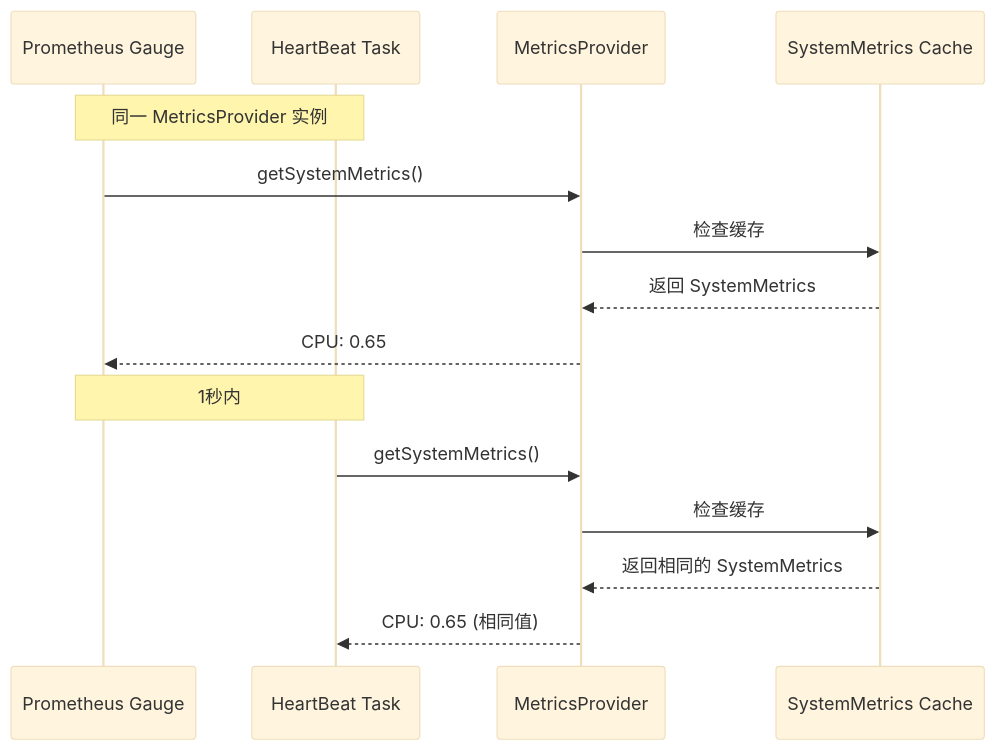
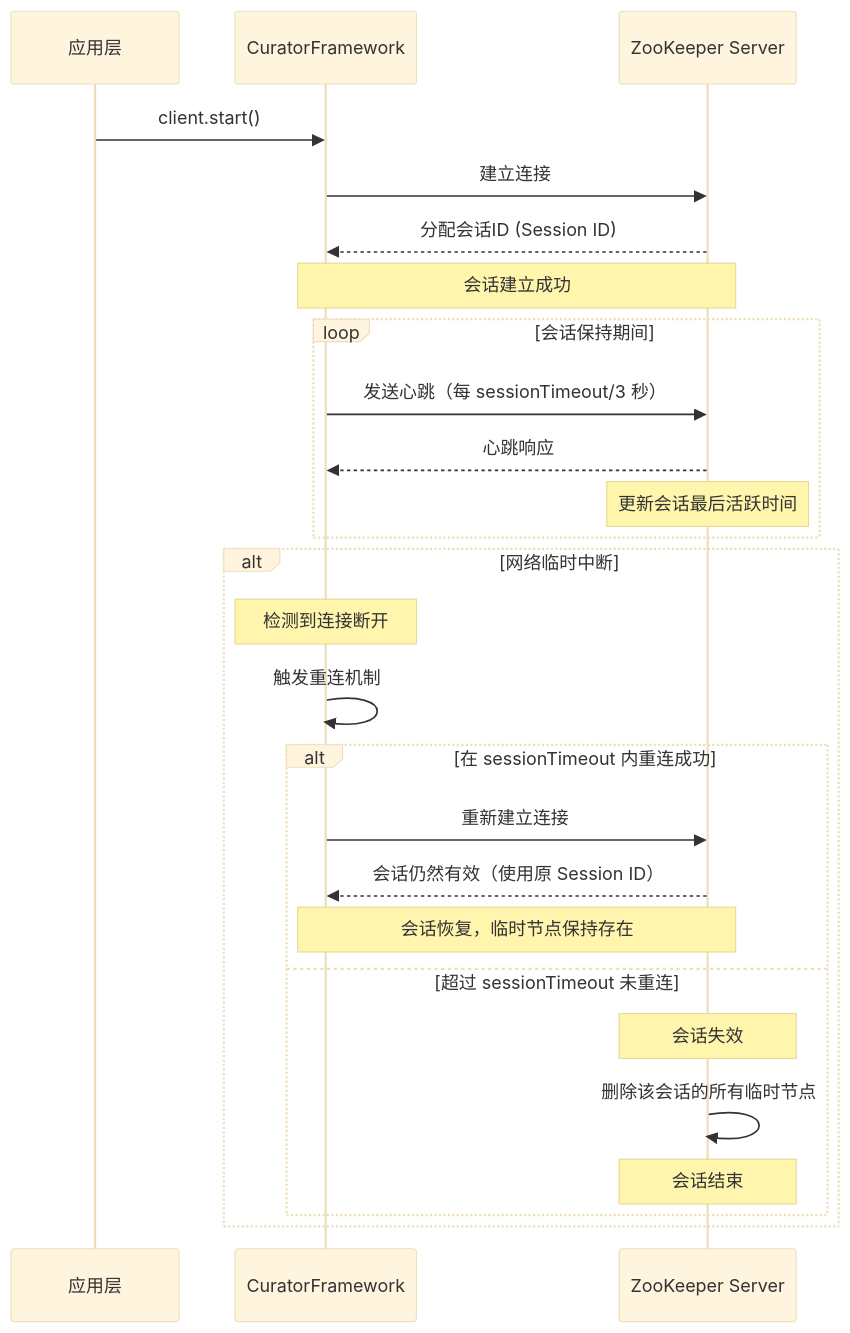
One commit to vanchan5/dolphinscheduler changed the third of 3 diagrams in dolphinscheduler-master/analyze/master启动/12-master服务指标/12-指标分析.md. Above: the diagram before and after it, drawn with Mermaid (base theme). The commit also changed other lines of this file and 2 other files, not shown here.

````diff
--- a/dolphinscheduler-master/analyze/master启动/12-master服务指标/12-指标分析.md
+++ b/dolphinscheduler-master/analyze/master启动/12-master服务指标/12-指标分析.md
@@ -551,21 +106,31 @@
 ```mermaid
 sequenceDiagram
-    participant Gauge as Prometheus Gauge
-    participant HB as HeartBeat Task
-    participant MP as MetricsProvider
-    participant Cache as SystemMetrics Cache
+    participant App as 应用层
+    participant CF as CuratorFramework
+    participant ZKS as ZooKeeper Server
     
-    Note over Gauge,HB: 同一 MetricsProvider 实例
+    App->>CF: client.start()
+    CF->>ZKS: 建立连接
+    ZKS-->>CF: 分配会话ID (Session ID)
+    Note over CF,ZKS: 会话建立成功
     
-    Gauge->>MP: getSystemMetrics()
-    MP->>Cache: 检查缓存
-    Cache-->>MP: 返回 SystemMetrics
-    MP-->>Gauge: CPU: 0.65
+    loop 会话保持期间
+        CF->>ZKS: 发送心跳（每 sessionTimeout/3 秒）
+        ZKS-->>CF: 心跳响应
+        Note over ZKS: 更新会话最后活跃时间
+    end
     
-    Note over Gauge,HB: 1秒内
-    
-    HB->>MP: getSystemMetrics()
-    MP->>Cache: 检查缓存
-    Cache-->>MP: 返回相同的 SystemMetrics
-    MP-->>HB: CPU: 0.65 (相同值)
+    alt 网络临时中断
+        Note over CF: 检测到连接断开
+        CF->>CF: 触发重连机制
+        alt 在 sessionTimeout 内重连成功
+            CF->>ZKS: 重新建立连接
+            ZKS-->>CF: 会话仍然有效（使用原 Session ID）
+            Note over CF,ZKS: 会话恢复，临时节点保持存在
+        else 超过 sessionTimeout 未重连
+            Note over ZKS: 会话失效
+            ZKS->>ZKS: 删除该会话的所有临时节点
+            Note over ZKS: 会话结束
+        end
+    end
 ```
````
